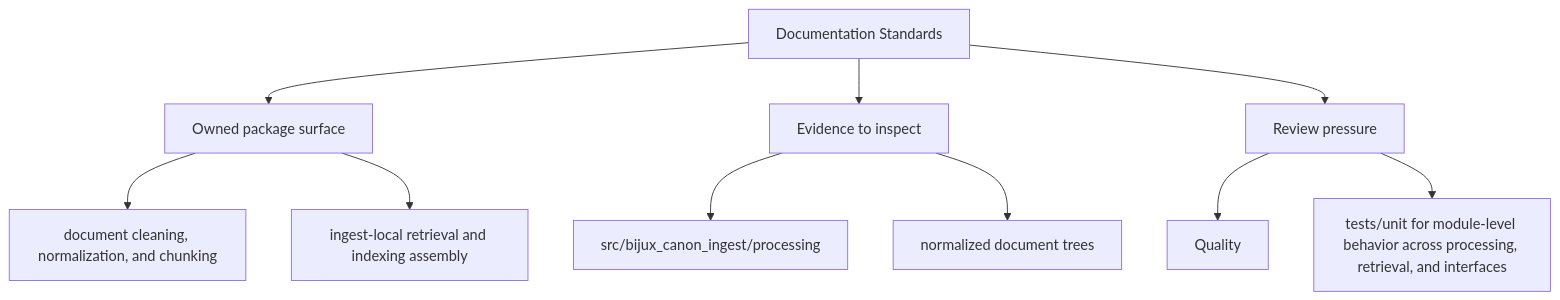
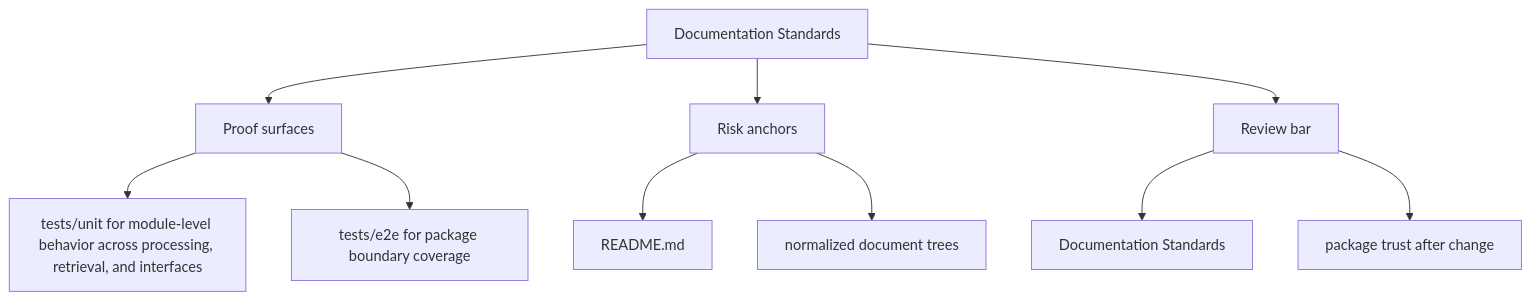
One commit to bijux/bijux-canon changed the second of 2 diagrams in docs/bijux-canon-ingest/quality/documentation-standards.md. Above: the diagram before and after it, drawn with Mermaid. The commit also changed other lines of this file and 250 other files, not shown here.

Commit message:
docs(diagrams): make product page maps more readable

````diff
--- a/docs/bijux-canon-ingest/quality/documentation-standards.md
+++ b/docs/bijux-canon-ingest/quality/documentation-standards.md
@@ -34,22 +34,22 @@
 ```mermaid
 flowchart TD
     page["Documentation Standards"]
-    focus1["Owned package surface"]
+    focus1["Proof surfaces"]
     page --> focus1
-    focus1_1["document cleaning, normalization, and chunking"]
+    focus1_1["tests/unit for module-level behavior across processing, retrieval, and interfaces"]
     focus1 --> focus1_1
-    focus1_2["ingest-local retrieval and indexing assembly"]
+    focus1_2["tests/e2e for package boundary coverage"]
     focus1 --> focus1_2
-    focus2["Evidence to inspect"]
+    focus2["Risk anchors"]
     page --> focus2
-    focus2_1["src/bijux_canon_ingest/processing"]
+    focus2_1["README.md"]
     focus2 --> focus2_1
     focus2_2["normalized document trees"]
     focus2 --> focus2_2
-    focus3["Review pressure"]
+    focus3["Review bar"]
     page --> focus3
-    focus3_1["Quality"]
+    focus3_1["Documentation Standards"]
     focus3 --> focus3_1
-    focus3_2["tests/unit for module-level behavior across processing, retrieval, and interfaces"]
+    focus3_2["package trust after change"]
     focus3 --> focus3_2
 ```
````
